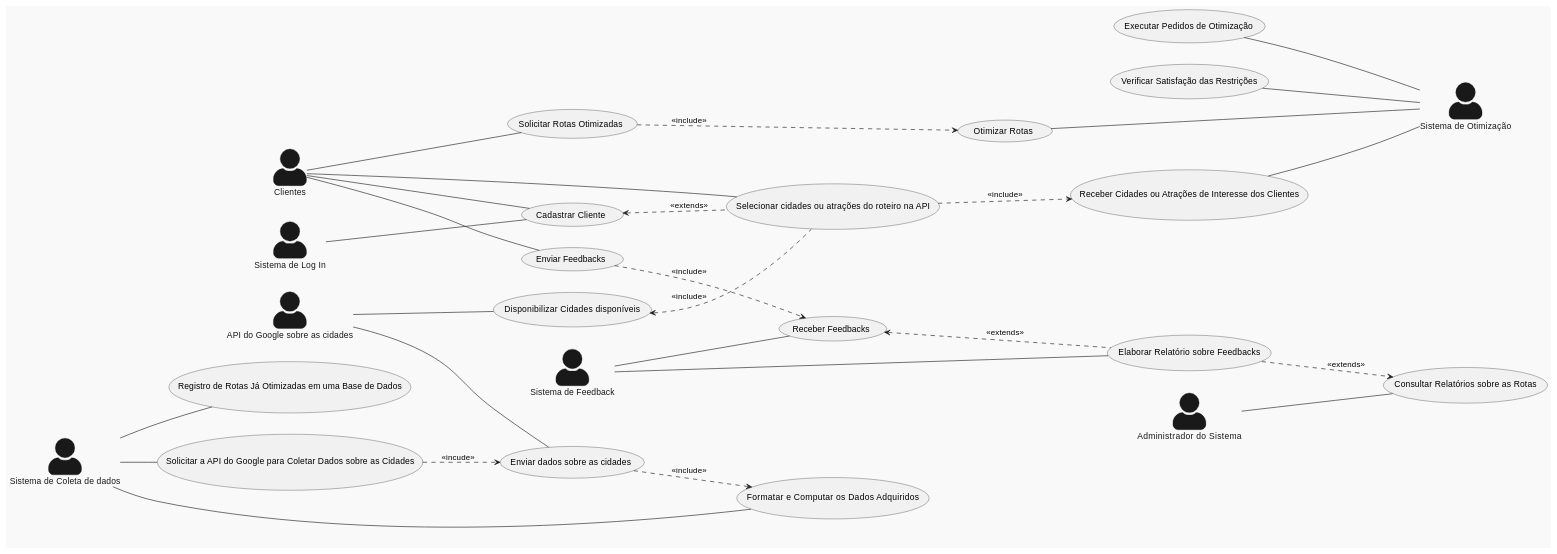
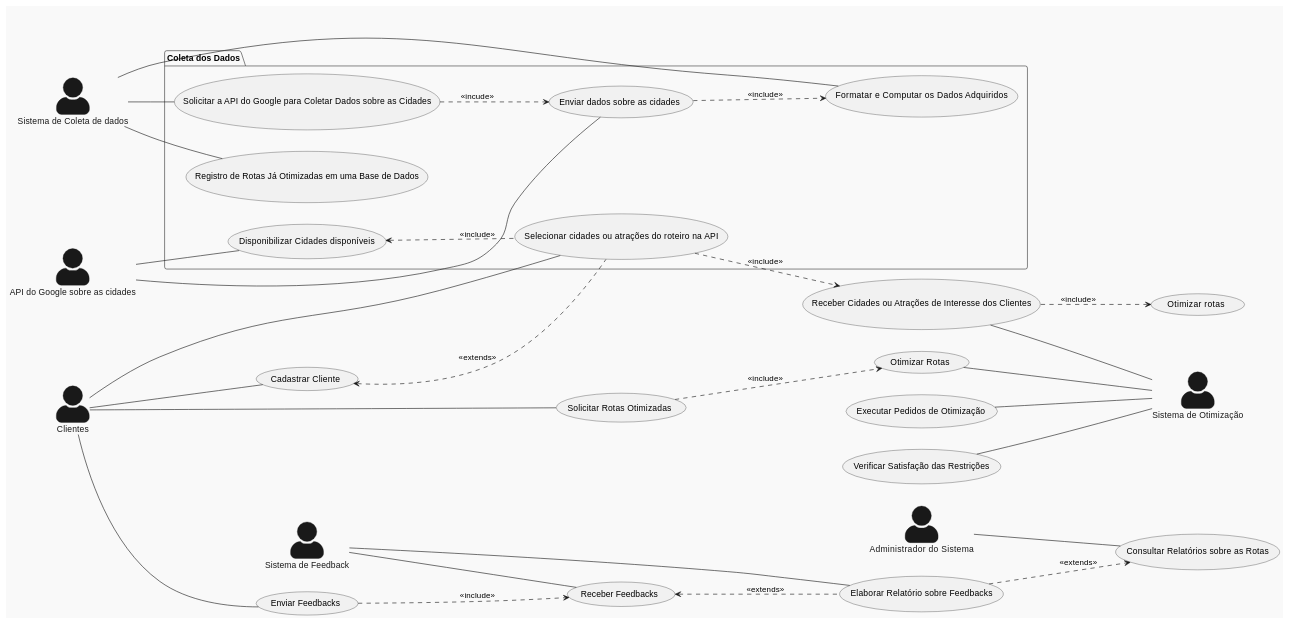
The diagram in Relatório/Semana-1/Diagramas/DCU.md (pedrodilallo/site_turismo_SIG), drawn with PlantUML before and after one commit. The commit also changed 1 other file, not shown here.

Commit message:
Mais correções DCU

```diff
--- a/Relatório/Semana-1/Diagramas/DCU.md
+++ b/Relatório/Semana-1/Diagramas/DCU.md
@@ -1,58 +1,61 @@
 @startuml
 skinparam actorStyle awesome
 !theme mars
 left to right direction
 
 actor "Clientes" as cliente
 actor "API do Google sobre as cidades" as API
 actor "Sistema de Otimização" as  otimizador
 actor "Administrador do Sistema" as sys_admin
 actor "Sistema de Feedback" as feedback
-actor "Sistema de Log In" as login
 actor "Sistema de Coleta de dados" as coletador
 
-cliente -- (Cadastrar Cliente)
+package "Coleta dos Dados"{
 cliente -- (Selecionar cidades ou atrações do roteiro na API)
-cliente -- (Enviar Feedbacks)
-cliente -- (Solicitar Rotas Otimizadas)
-
-
-
-login   --   (Cadastrar Cliente)
 
 coletador -- (Solicitar a API do Google para Coletar Dados sobre as Cidades)
 coletador -- (Registro de Rotas Já Otimizadas em uma Base de Dados)
 coletador -- (Formatar e Computar os Dados Adquiridos)
+API -- (Enviar dados sobre as cidades)
+API -- (Disponibilizar Cidades disponíveis)
+(Disponibilizar Cidades disponíveis) <.. (Selecionar cidades ou atrações do roteiro na API) : <<include>>
 
+
+}
+
+
+cliente -- (Cadastrar Cliente)
+cliente -- (Enviar Feedbacks)
+cliente -- (Solicitar Rotas Otimizadas)
 
 feedback -- (Receber Feedbacks)
 feedback -- (Elaborar Relatório sobre Feedbacks)
 
-API -- (Enviar dados sobre as cidades)
-API -- (Disponibilizar Cidades disponíveis)
 
 sys_admin -- (Consultar Relatórios sobre as Rotas)
 
 (Receber Cidades ou Atrações de Interesse dos Clientes) -- otimizador 
 (Otimizar Rotas) -- otimizador 
 (Executar Pedidos de Otimização) -- otimizador 
 (Verificar Satisfação das Restrições) -- otimizador 
 (Solicitar Rotas Otimizadas) ..> (Otimizar Rotas) : <<include>>
 
 
-(Disponibilizar Cidades disponíveis) <.. (Selecionar cidades ou atrações do roteiro na API) : <<include>>
 
 (Enviar Feedbacks) ..> (Receber Feedbacks) : <<include>>
 (Receber Feedbacks) <.. (Elaborar Relatório sobre Feedbacks) : <<extends>>
 
 (Elaborar Relatório sobre Feedbacks) ..> (Consultar Relatórios sobre as Rotas) : <<extends>>
 (Cadastrar Cliente) <.. (Selecionar cidades ou atrações do roteiro na API) : <<extends>>
 
 (Enviar dados sobre as cidades) ..> (Formatar e Computar os Dados Adquiridos) : <<include>>
 (Selecionar cidades ou atrações do roteiro na API) ..>  (Receber Cidades ou Atrações de Interesse dos Clientes) : <<include>>
+
+(Receber Cidades ou Atrações de Interesse dos Clientes) ..> (Otimizar rotas): <<include>>
+
 (Solicitar a API do Google para Coletar Dados sobre as Cidades) ..> (Enviar dados sobre as cidades) : <<incude>>
 
 
 
 
 @enduml
```
